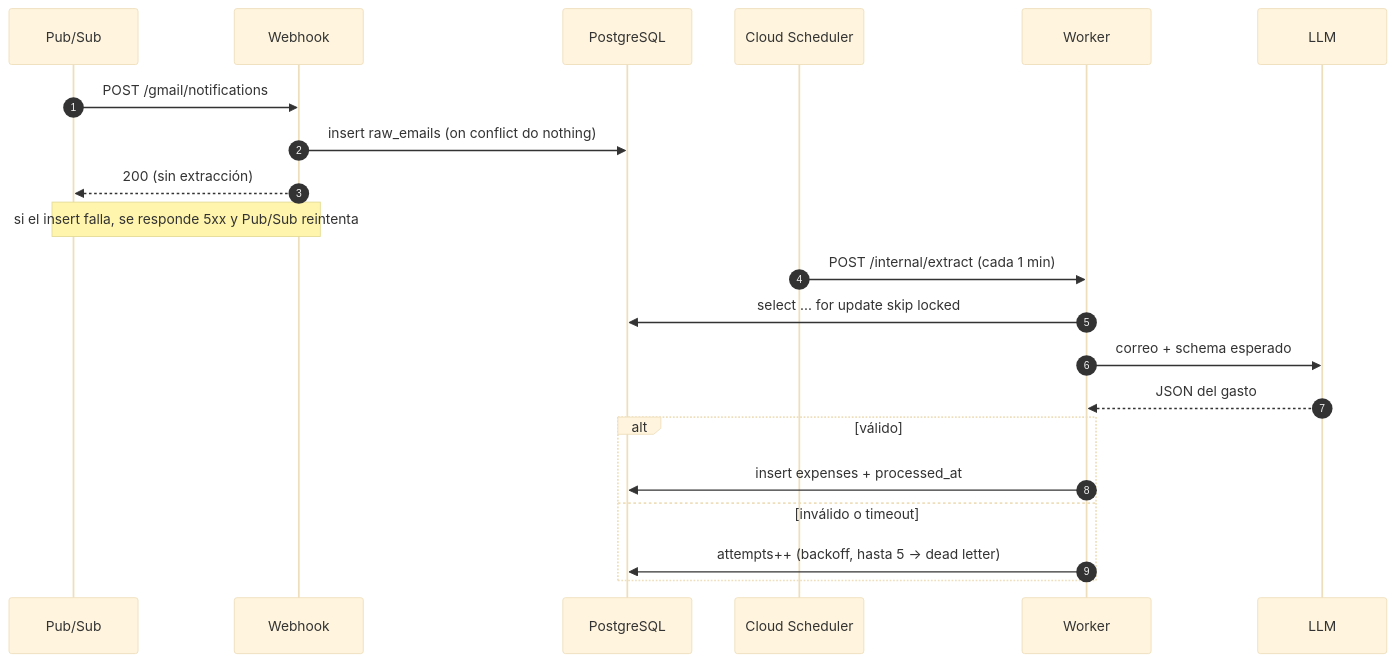
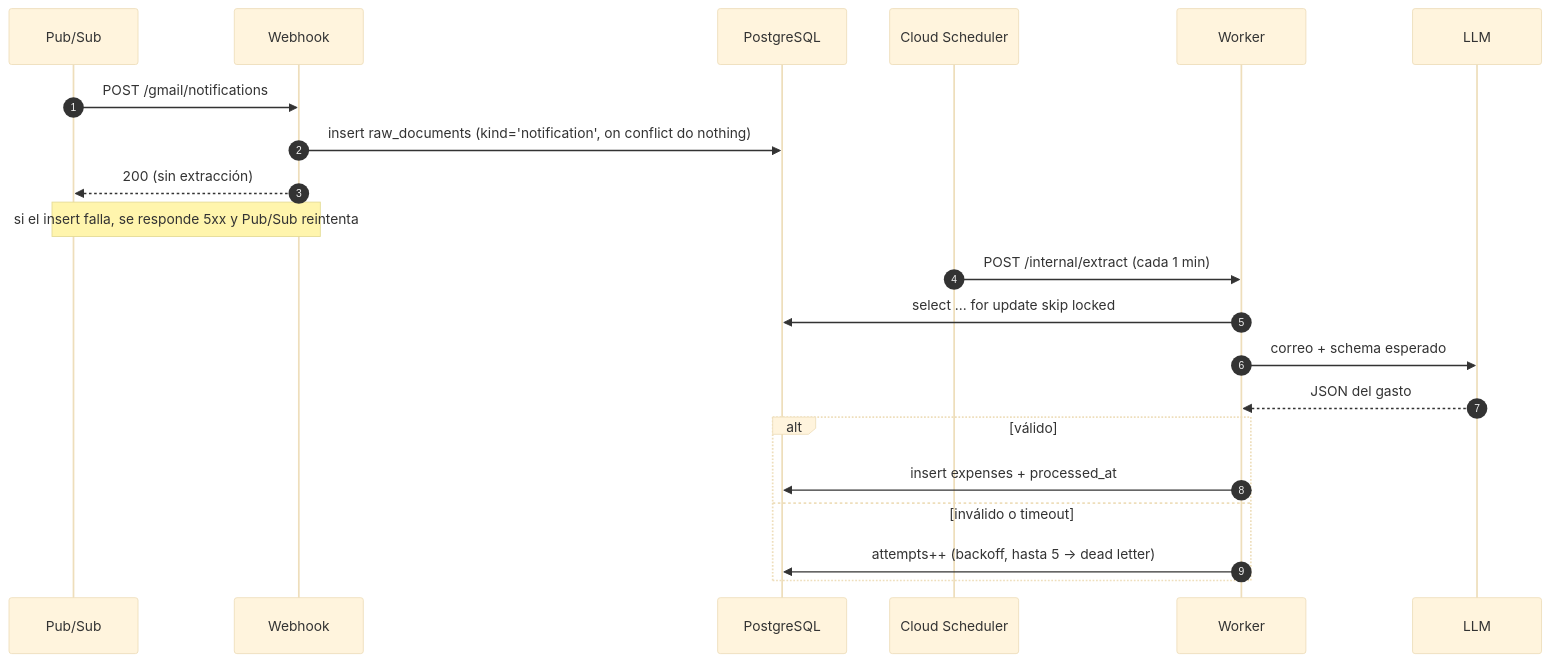
One commit to fperezlefiman/expense-tracker changed the second of 3 diagrams in docs/architecture.md. Above: the diagram before and after it, drawn with Mermaid (base theme). The commit also changed other lines of this file and 14 other files, not shown here.

````diff
--- a/docs/architecture.md
+++ b/docs/architecture.md
@@ -45,24 +45,24 @@
 ```mermaid
 sequenceDiagram
     autonumber
     participant P as Pub/Sub
     participant W as Webhook
     participant DB as PostgreSQL
     participant S as Cloud Scheduler
     participant Q as Worker
     participant AI as LLM
 
     P->>W: POST /gmail/notifications
-    W->>DB: insert raw_emails (on conflict do nothing)
+    W->>DB: insert raw_documents (kind='notification', on conflict do nothing)
     W-->>P: 200 (sin extracción)
     Note over P,W: si el insert falla, se responde 5xx y Pub/Sub reintenta
     S->>Q: POST /internal/extract (cada 1 min)
     Q->>DB: select ... for update skip locked
     Q->>AI: correo + schema esperado
     AI-->>Q: JSON del gasto
     alt válido
         Q->>DB: insert expenses + processed_at
     else inválido o timeout
         Q->>DB: attempts++ (backoff, hasta 5 → dead letter)
     end
 ```
````
